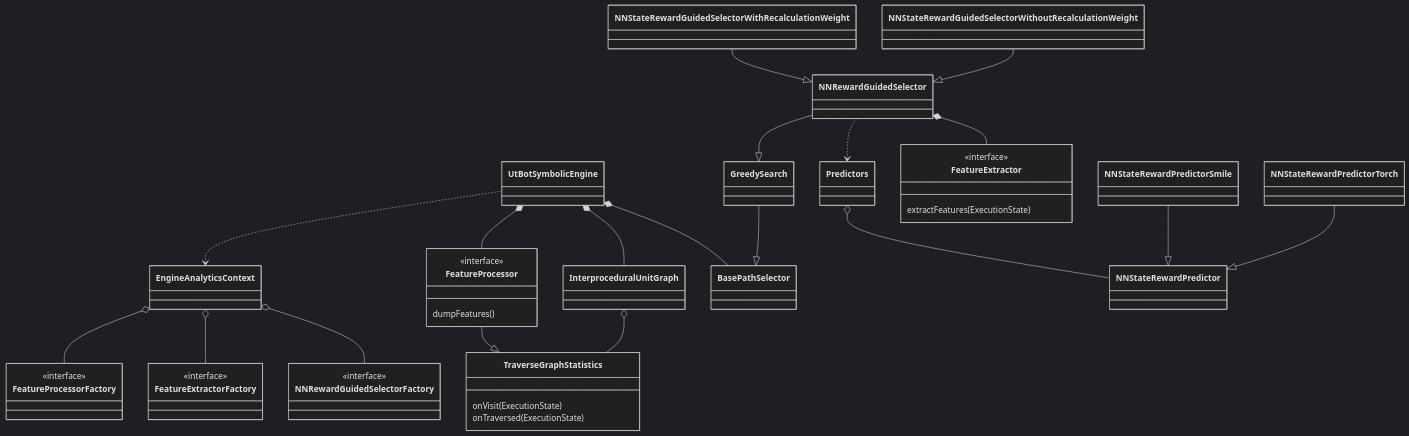
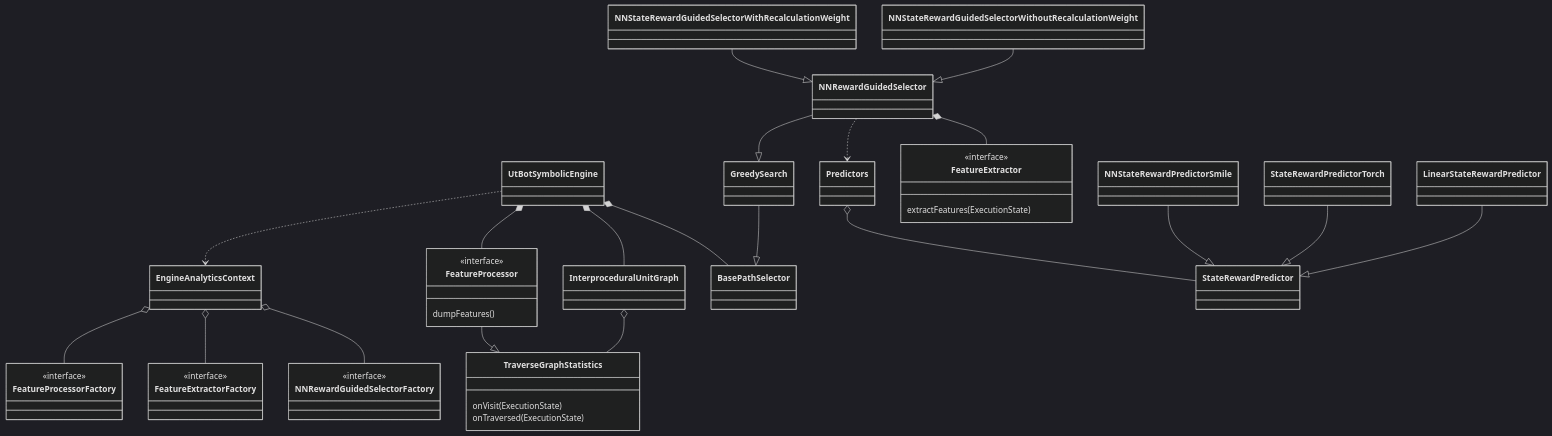
One commit to UnitTestBot/UTBotJava changed the first of 2 diagrams in docs/jlearch/jlearch-architecture.md. Above: the diagram before and after it, drawn with Mermaid (dark theme). The commit also changed other lines of this file and 13 other files, not shown here.

Commit message:
Add linearStateRewardPredictor and fix names

````diff
--- a/docs/jlearch/jlearch-architecture.md
+++ b/docs/jlearch/jlearch-architecture.md
@@ -5,58 +5,59 @@
 ```mermaid
 classDiagram
     class FeatureProcessor{
         dumpFeatures()
     }
     <<interface>> FeatureProcessor
     class TraverseGraphStatistics{
         onVisit(ExecutionState)
         onTraversed(ExecutionState)
     }
     class InterproceduralUnitGraph
     class FeatureExtractorFactory
     <<interface>> FeatureExtractorFactory
     class FeatureProcessorFactory
     <<interface>> FeatureProcessorFactory
     class EngineAnalyticsContext
     class UtBotSymbolicEngine
     class NNRewardGuidedSelectorFactory
     <<interface>> NNRewardGuidedSelectorFactory
     class FeatureExtractor{
         extractFeatures(ExecutionState)
     }
     <<interface>> FeatureExtractor
     
     UtBotSymbolicEngine ..> EngineAnalyticsContext
     EngineAnalyticsContext o-- FeatureProcessorFactory
     EngineAnalyticsContext o-- FeatureExtractorFactory
     EngineAnalyticsContext o-- NNRewardGuidedSelectorFactory
 
     FeatureProcessor --|> TraverseGraphStatistics
     InterproceduralUnitGraph o-- TraverseGraphStatistics
     UtBotSymbolicEngine *-- FeatureProcessor
     UtBotSymbolicEngine *-- InterproceduralUnitGraph
 
     class Predictors 
-    class NNStateRewardPredictor
+    class StateRewardPredictor
     class NNRewardGuidedSelector
 
    
     class GreedySearch
 
     class BasePathSelector
 
     GreedySearch --|> BasePathSelector
     NNRewardGuidedSelector --|> GreedySearch
 
     UtBotSymbolicEngine *-- BasePathSelector  
     
-    Predictors o-- NNStateRewardPredictor
+    Predictors o-- StateRewardPredictor
     NNRewardGuidedSelector ..> Predictors
     NNRewardGuidedSelector *-- FeatureExtractor
     
-    NNStateRewardPredictorSmile --|> NNStateRewardPredictor
-    NNStateRewardPredictorTorch --|> NNStateRewardPredictor
+    NNStateRewardPredictorSmile --|> StateRewardPredictor
+    StateRewardPredictorTorch --|> StateRewardPredictor
+    LinearStateRewardPredictor --|> StateRewardPredictor
     
     NNStateRewardGuidedSelectorWithRecalculationWeight --|> NNRewardGuidedSelector
     NNStateRewardGuidedSelectorWithoutRecalculationWeight --|> NNRewardGuidedSelector      
 ```
````
